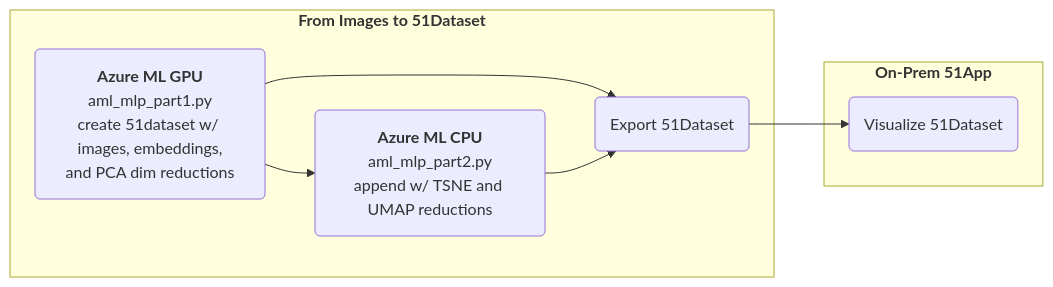
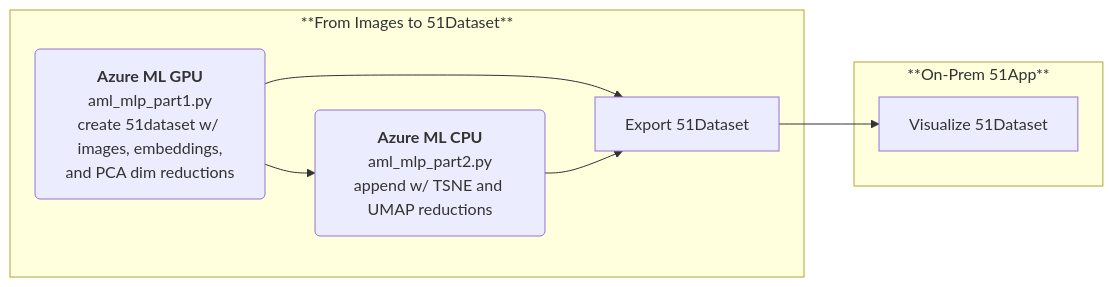
Before and after one commit to anyaconda/myFiftyoneComputerVision: the second of 2 diagrams in README.md, drawn with Mermaid. The commit also changed other lines of this file, not shown here.

````diff
--- a/README.md
+++ b/README.md
@@ -20,23 +40,23 @@
 ```mermaid
-%%{init: {"flowchart": {"htmlLabels": false}} }%%
+
   flowchart LR
-    subgraph "`**From Images to 51Dataset**`"
+    subgraph "**From Images to 51Dataset**"
       b1("`**Azure ML GPU**
       aml_mlp_part1.py
       create 51dataset w/ images, embeddings,
       and PCA dim reductions`") --> b2("`**Azure ML CPU**
       aml_mlp_part2.py
       append w/ TSNE and UMAP reductions`")
       b1("`**Azure ML GPU**
       aml_mlp_part1.py
       create 51dataset w/ images, embeddings,
-      and PCA dim reductions`") --> b3("`Export 51Dataset`")
+      and PCA dim reductions`") --> b3[Export 51Dataset]
       b2("`**Azure ML CPU**
       aml_mlp_part2.py
-      append w/ TSNE and UMAP reductions`") --> b3("`Export 51Dataset`")
+      append w/ TSNE and UMAP reductions`") --> b3[Export 51Dataset]
     end
 
-    subgraph "`**On-Prem 51App**`"
-      b3("`Export 51Dataset`") --> c1("`Visualize 51Dataset`")
+    subgraph "**On-Prem 51App**"
+      b3[Export 51Dataset] --> c1[Visualize 51Dataset]
     end
 ```
````
